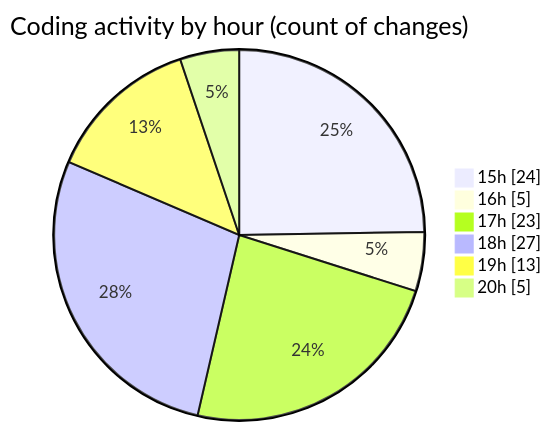
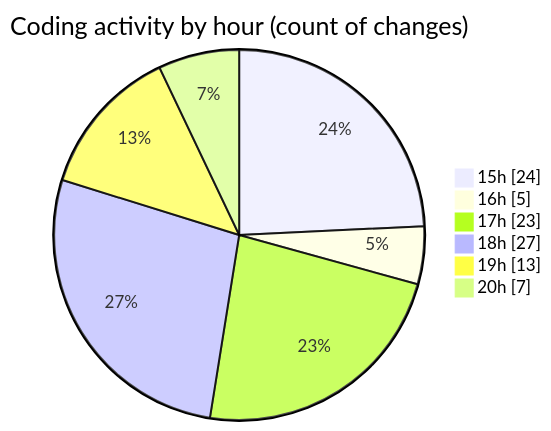
One commit to EIIisD/code-tracking changed the second of 2 diagrams in 2025-08-02/tw-server/README.md. Above: the diagram before and after it, drawn with Mermaid. The commit also changed other lines of this file and 1 other file, not shown here.

````diff
--- a/2025-08-02/tw-server/README.md
+++ b/2025-08-02/tw-server/README.md
@@ -36,10 +36,10 @@
 ```mermaid
 pie showData
 title Coding activity by hour (count of changes)
 "15h" : 24
 "16h" : 5
 "17h" : 23
 "18h" : 27
 "19h" : 13
-"20h" : 5
+"20h" : 7
 ```
````
